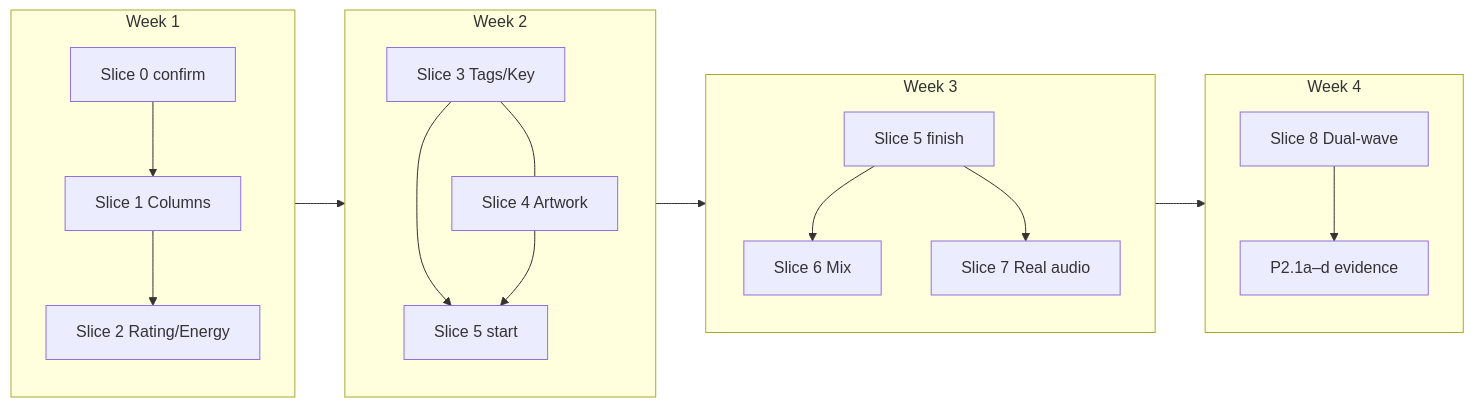
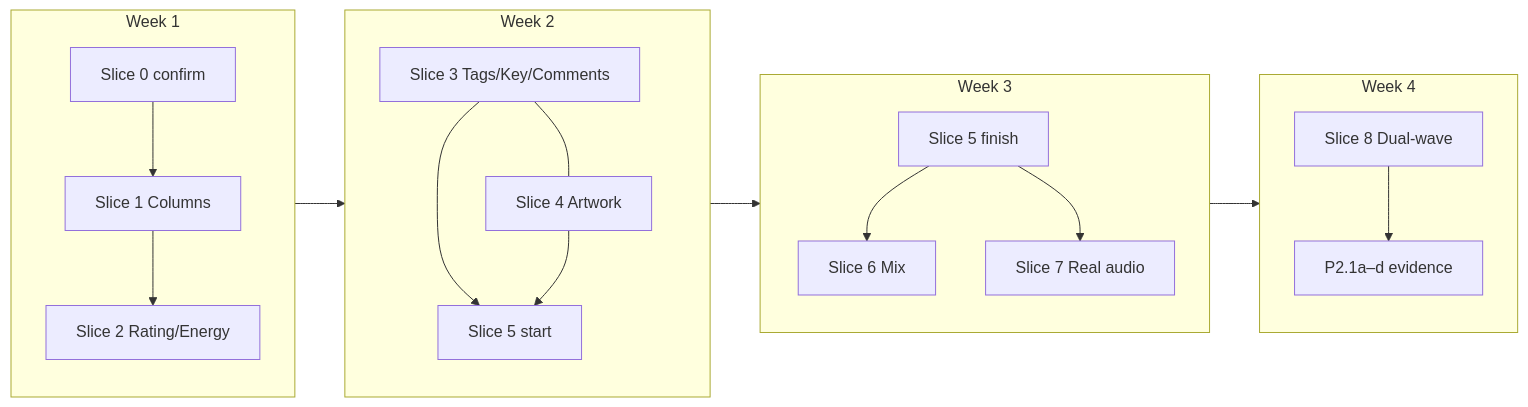
Before and after one commit to iDorgham/DJ-Assistant: the second of 9 diagrams in docs/diagrams/16-phase2-library-player-deps.md, drawn with Mermaid. The commit also changed other lines of this file and 20 other files, not shown here.

````diff
--- a/docs/diagrams/16-phase2-library-player-deps.md
+++ b/docs/diagrams/16-phase2-library-player-deps.md
@@ -78,38 +78,38 @@
 ```mermaid
 flowchart LR
   subgraph W1["Week 1"]
     direction TB
     A0[Slice 0 confirm]
     A1[Slice 1 Columns]
     A2[Slice 2 Rating/Energy]
     A0 --> A1 --> A2
   end
 
   subgraph W2["Week 2"]
     direction TB
-    B3[Slice 3 Tags/Key]
+    B3[Slice 3 Tags/Key/Comments]
     B4[Slice 4 Artwork]
     B5s[Slice 5 start]
     B3 --- B4
     B3 --> B5s
     B4 --> B5s
   end
 
   subgraph W3["Week 3"]
     direction TB
     C5[Slice 5 finish]
     C6[Slice 6 Mix]
     C7[Slice 7 Real audio]
     C5 --> C6
     C5 --> C7
   end
 
   subgraph W4["Week 4"]
     direction TB
     D8[Slice 8 Dual-wave]
     D9[P2.1a–d evidence]
     D8 --> D9
   end
 
   W1 --> W2 --> W3 --> W4
 ```
````
